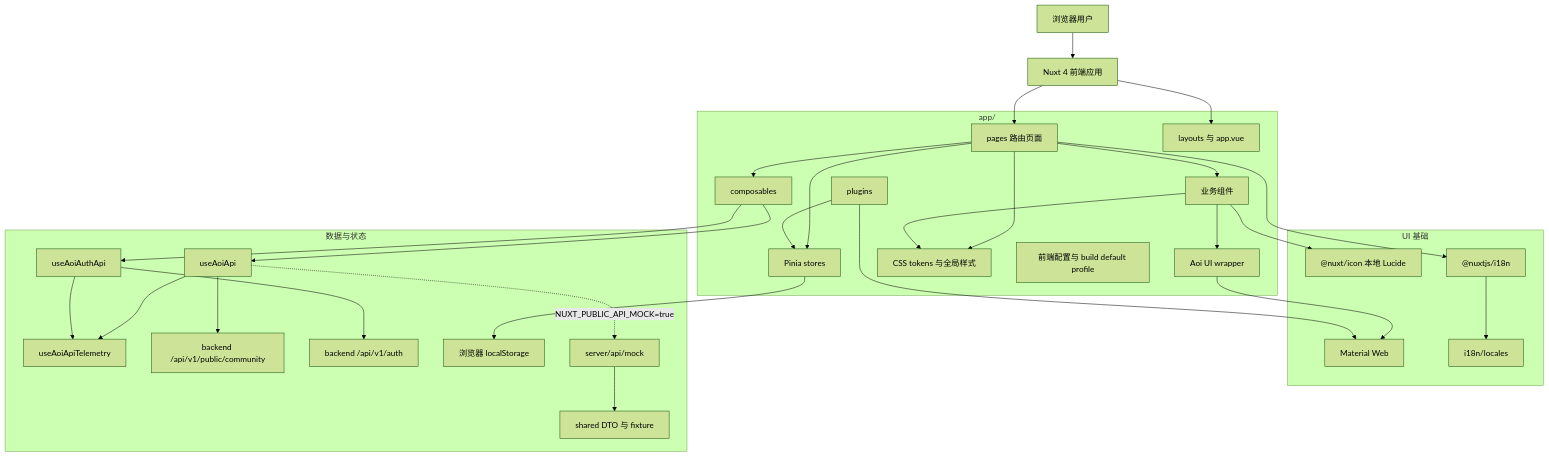
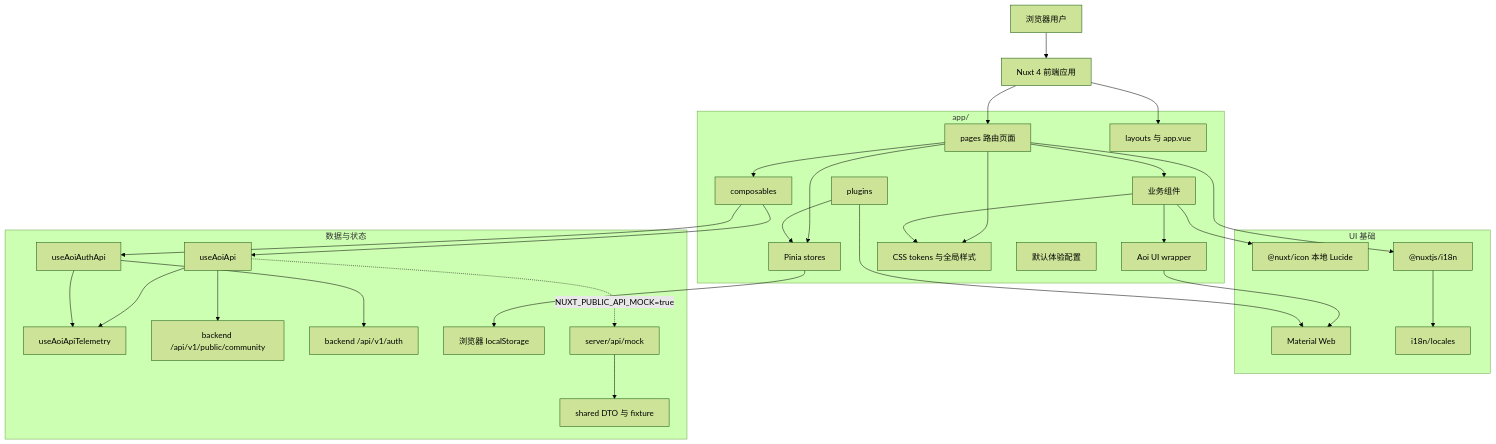
Before and after one commit to rin721/community-go: the diagram in frontend/README.md, drawn with Mermaid (forest theme). The commit also changed 8 other files, not shown here.

````diff
--- a/frontend/README.md
+++ b/frontend/README.md
@@ -19,58 +19,58 @@
 ```mermaid
 flowchart TD
   User["浏览器用户"] --> Nuxt["Nuxt 4 前端应用"]
 
   subgraph App["app/"]
     Pages["pages 路由页面"]
     Layouts["layouts 与 app.vue"]
     Components["业务组件"]
     Aoi["Aoi UI wrapper"]
     Stores["Pinia stores"]
     Composables["composables"]
     Plugins["plugins"]
     Assets["CSS tokens 与全局样式"]
-    Config["前端配置与 build default profile"]
+    Config["默认体验配置"]
   end
 
   subgraph UI["UI 基础"]
     Material["Material Web"]
     Icons["@nuxt/icon 本地 Lucide"]
     I18n["@nuxtjs/i18n"]
     Locales["i18n/locales"]
   end
 
   subgraph Data["数据与状态"]
     Api["useAoiApi"]
     AuthApi["useAoiAuthApi"]
     Telemetry["useAoiApiTelemetry"]
     BackendApi["backend /api/v1/public/community"]
     AccountApi["backend /api/v1/auth"]
     LocalStorage["浏览器 localStorage"]
     MockApi["server/api/mock"]
     Shared["shared DTO 与 fixture"]
   end
 
   Nuxt --> Pages
   Nuxt --> Layouts
   Pages --> Components
   Components --> Aoi
   Aoi --> Material
   Components --> Icons
   Pages --> Stores
   Stores --> LocalStorage
   Pages --> Composables
   Composables --> Api
   Composables --> AuthApi
   Api --> Telemetry
   Api --> BackendApi
   AuthApi --> Telemetry
   AuthApi --> AccountApi
   Api -. "NUXT_PUBLIC_API_MOCK=true" .-> MockApi
   MockApi --> Shared
   Pages --> I18n
   I18n --> Locales
   Plugins --> Material
   Plugins --> Stores
   Pages --> Assets
   Components --> Assets
 ```
````
